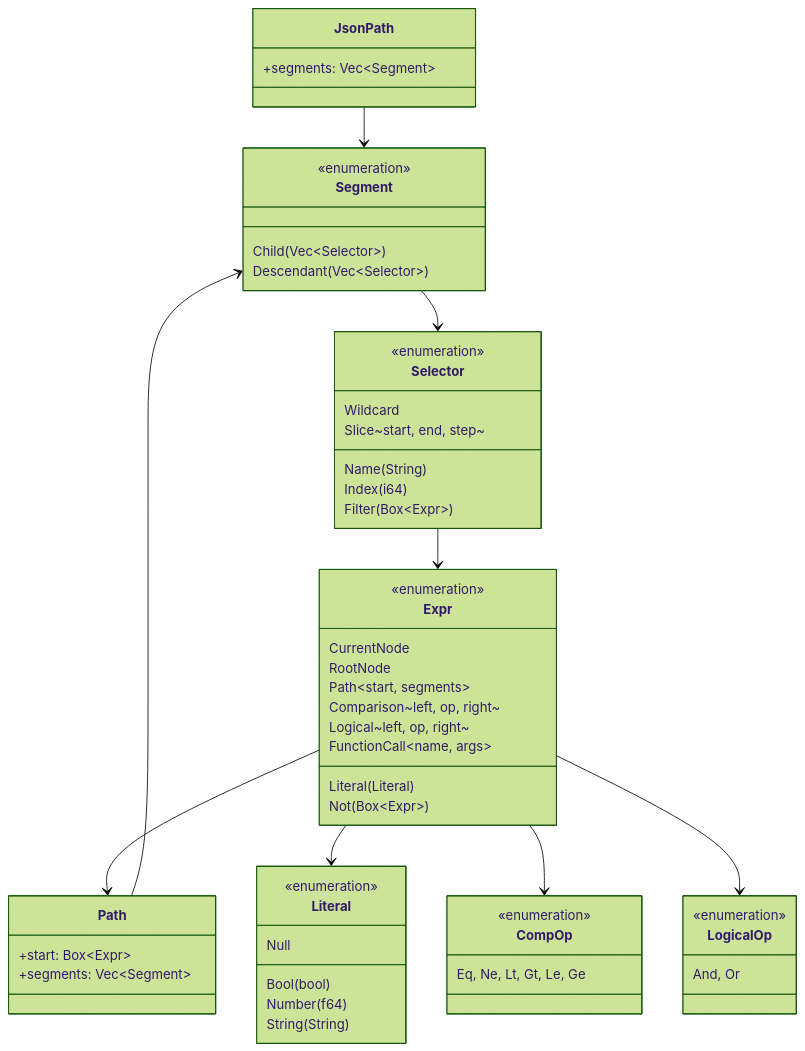
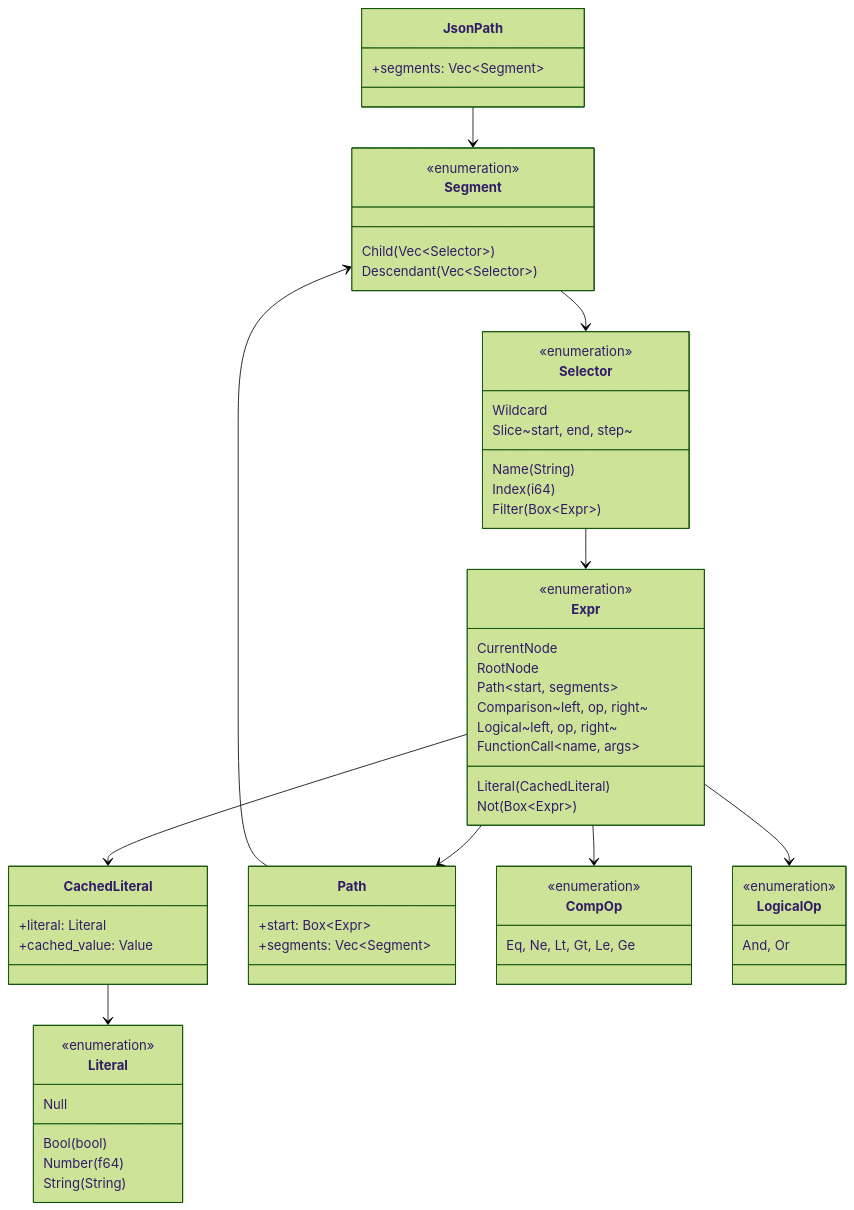
The fourth of 10 diagrams in docs/architecture.md (1gy/jpp), drawn with Mermaid (forest theme) before and after one commit. The commit also changed other lines of this file, not shown here.

First line of the commit message:
docs: update architecture.md to reflect current codebase

````diff
--- a/docs/architecture.md
+++ b/docs/architecture.md
@@ -139,65 +144,71 @@
 ```mermaid
 classDiagram
     class JsonPath {
         +segments: Vec~Segment~
     }
 
     class Segment {
         <<enumeration>>
         Child(Vec~Selector~)
         Descendant(Vec~Selector~)
     }
 
     class Selector {
         <<enumeration>>
         Name(String)
         Index(i64)
         Wildcard
         Slice~start, end, step~
         Filter(Box~Expr~)
     }
 
     class Expr {
         <<enumeration>>
         CurrentNode
         RootNode
         Path~start, segments~
-        Literal(Literal)
+        Literal(CachedLiteral)
         Comparison~left, op, right~
         Logical~left, op, right~
         Not(Box~Expr~)
         FunctionCall~name, args~
+    }
+
+    class CachedLiteral {
+        +literal: Literal
+        +cached_value: Value
     }
 
     class Path {
         +start: Box~Expr~
         +segments: Vec~Segment~
     }
 
     class Literal {
         <<enumeration>>
         Null
         Bool(bool)
         Number(f64)
         String(String)
     }
 
     class CompOp {
         <<enumeration>>
         Eq, Ne, Lt, Gt, Le, Ge
     }
 
     class LogicalOp {
         <<enumeration>>
         And, Or
     }
 
     JsonPath --> Segment
     Segment --> Selector
     Selector --> Expr
     Expr --> Path
-    Expr --> Literal
+    Expr --> CachedLiteral
+    CachedLiteral --> Literal
     Expr --> CompOp
     Expr --> LogicalOp
     Path --> Segment
 ```
````
